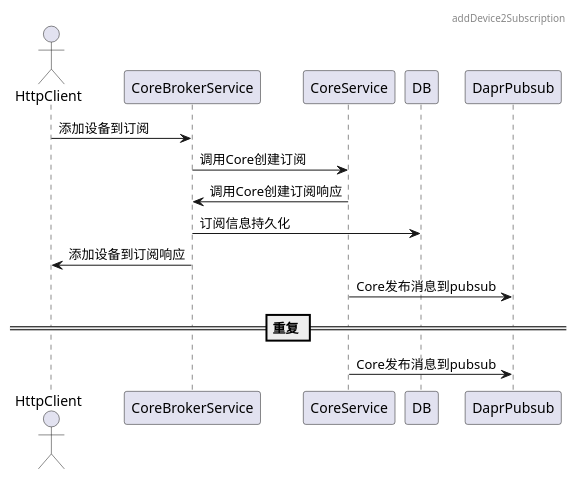
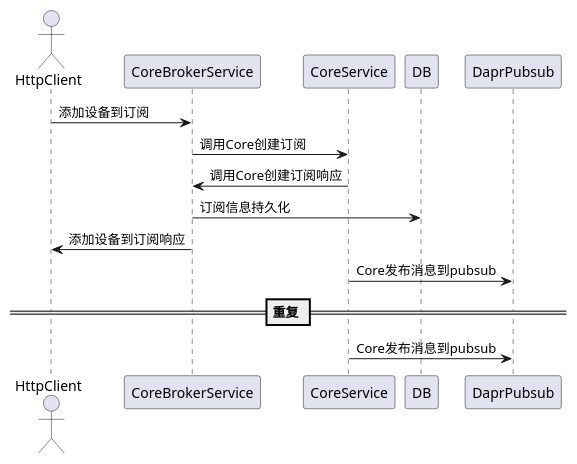
Before and after one commit to tkeel-io/docs: the second of 9 diagrams in docs/api/appendix/plantuml/core_broker.md, drawn with PlantUML. The commit also changed other lines of this file and 2 other files, not shown here.

````diff
--- a/docs/api/appendix/plantuml/core_broker.md
+++ b/docs/api/appendix/plantuml/core_broker.md
@@ -17,18 +15,18 @@
 ```plantuml
 @startuml
-header addDevice2Subscription
-
 actor HttpClient
 participant CoreBrokerService
 participant CoreService
+participant DB
+participant DaprPubsub
 
 HttpClient->CoreBrokerService:添加设备到订阅
 CoreBrokerService->CoreService:调用Core创建订阅
 CoreBrokerService<-CoreService:调用Core创建订阅响应
 CoreBrokerService->DB:订阅信息持久化
 HttpClient<-CoreBrokerService:添加设备到订阅响应
 CoreService->DaprPubsub:Core发布消息到pubsub
 == 重复 ==
 CoreService->DaprPubsub:Core发布消息到pubsub
 @enduml
 ```
````
